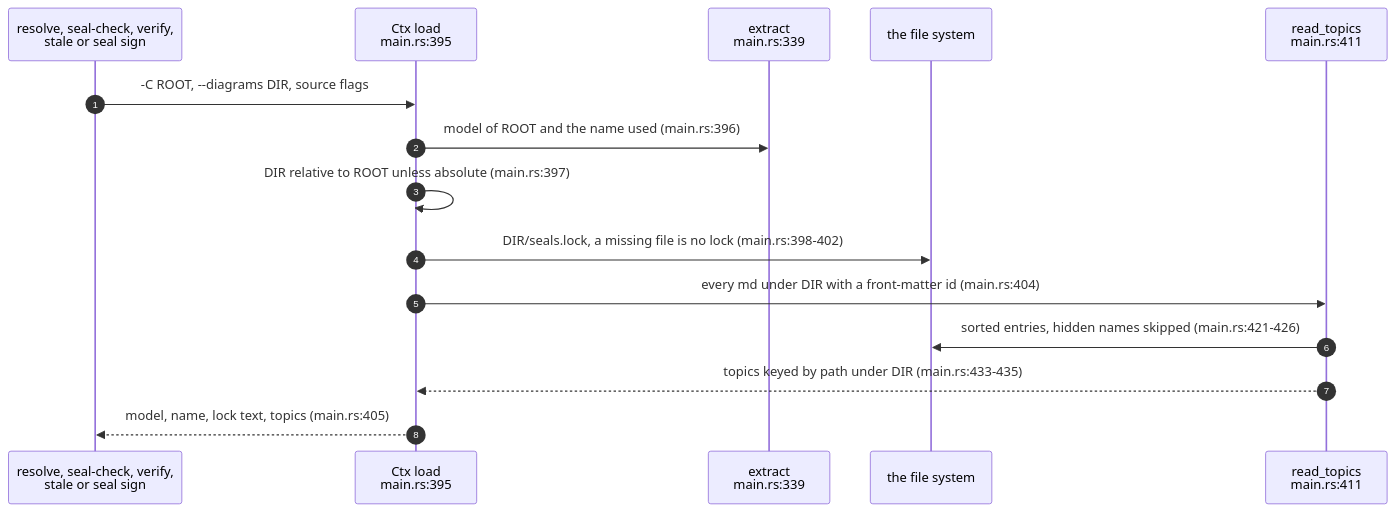
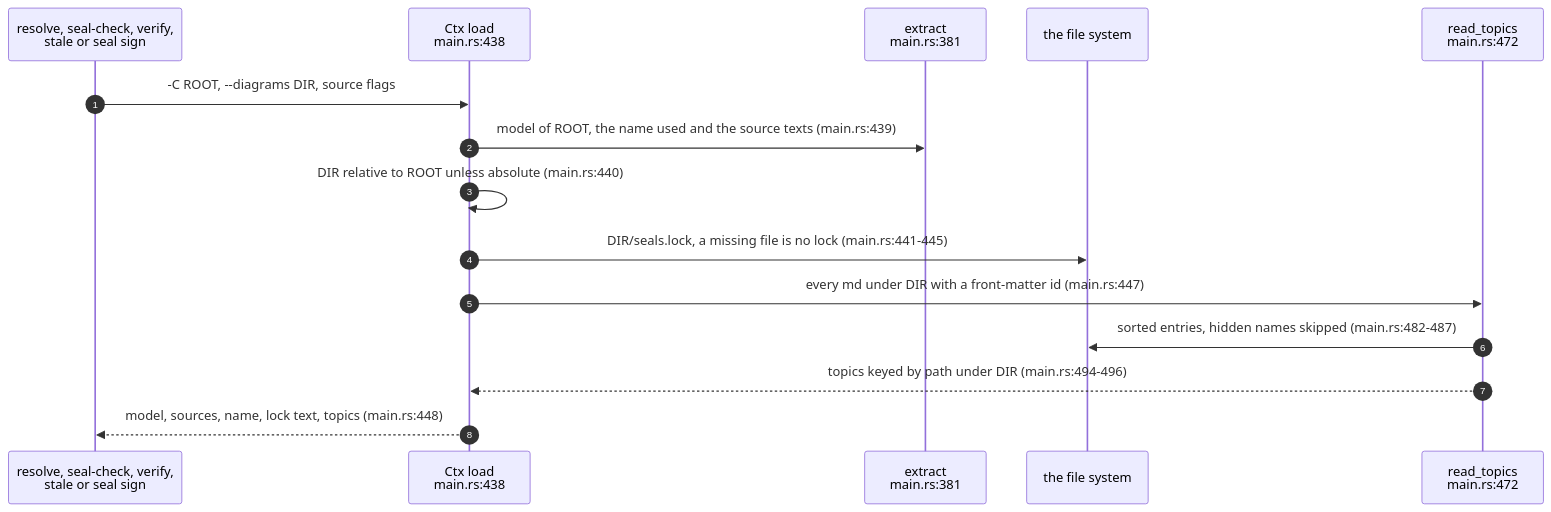
One commit to DreamLab-AI/codemaid changed the first of 4 diagrams in docs/diagrams/corpus/05-the-seal-commands.md. Above: the diagram before and after it, drawn with Mermaid. The commit also changed other lines of this file and 23 other files, not shown here.

````diff
--- a/docs/diagrams/corpus/05-the-seal-commands.md
+++ b/docs/diagrams/corpus/05-the-seal-commands.md
@@ -43,17 +44,17 @@
 ```mermaid
 sequenceDiagram
     autonumber
     participant CMD as resolve, seal-check, verify,<br/>stale or seal sign
-    participant CX as Ctx load<br/>main.rs:395
-    participant EX as extract<br/>main.rs:339
+    participant CX as Ctx load<br/>main.rs:438
+    participant EX as extract<br/>main.rs:381
     participant FS as the file system
-    participant RT as read_topics<br/>main.rs:411
+    participant RT as read_topics<br/>main.rs:472
     CMD->>CX: -C ROOT, --diagrams DIR, source flags
-    CX->>EX: model of ROOT and the name used (main.rs:396)
-    CX->>CX: DIR relative to ROOT unless absolute (main.rs:397)
-    CX->>FS: DIR/seals.lock, a missing file is no lock (main.rs:398-402)
-    CX->>RT: every md under DIR with a front-matter id (main.rs:404)
-    RT->>FS: sorted entries, hidden names skipped (main.rs:421-426)
-    RT-->>CX: topics keyed by path under DIR (main.rs:433-435)
-    CX-->>CMD: model, name, lock text, topics (main.rs:405)
+    CX->>EX: model of ROOT, the name used and the source texts (main.rs:439)
+    CX->>CX: DIR relative to ROOT unless absolute (main.rs:440)
+    CX->>FS: DIR/seals.lock, a missing file is no lock (main.rs:441-445)
+    CX->>RT: every md under DIR with a front-matter id (main.rs:447)
+    RT->>FS: sorted entries, hidden names skipped (main.rs:482-487)
+    RT-->>CX: topics keyed by path under DIR (main.rs:494-496)
+    CX-->>CMD: model, sources, name, lock text, topics (main.rs:448)
 ```
````
